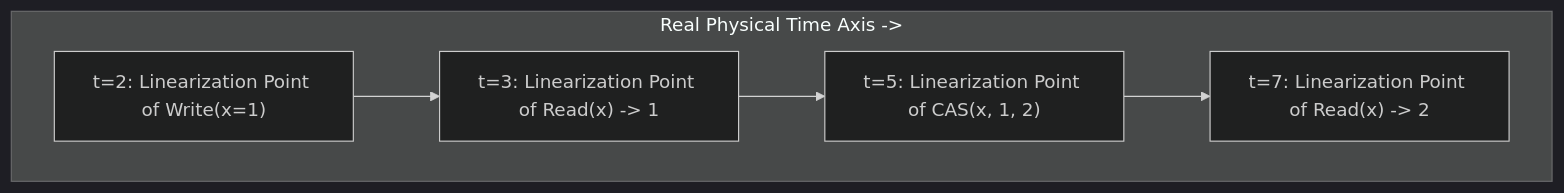
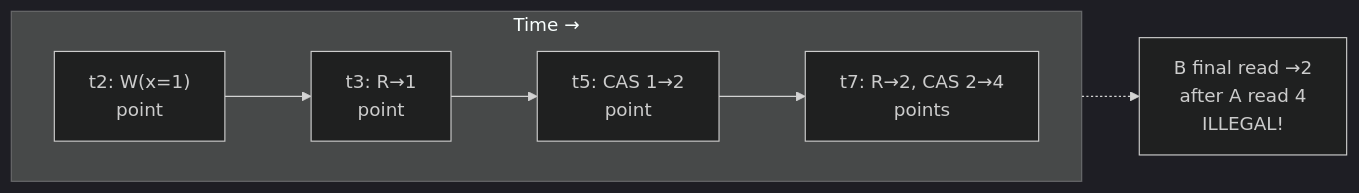
The fourth of 10 diagrams in 01 Designing Data-Intensive Applications/chapter-10-consistency-and-consensus.md (1mimhe/books-summery), drawn with Mermaid (dark theme) before and after one commit. The commit also changed other lines of this file and 2 other files, not shown here.

Commit message:
docs(book01): forensic rewrite ch08-10 (14 txn figs+XSSI, fig 9-5/Byzantine, IDs/UUID consensus)

````diff
--- a/01 Designing Data-Intensive Applications/chapter-10-consistency-and-consensus.md
+++ b/01 Designing Data-Intensive Applications/chapter-10-consistency-and-consensus.md
@@ -223,11 +245,13 @@
 ```mermaid
 flowchart LR
-  subgraph T_LINE["Real Physical Time Axis ->"]
+  subgraph AX["Time →"]
     direction LR
-    P1["t=2: Linearization Point of Write(x=1)"]
-    P2["t=3: Linearization Point of Read(x) -> 1"]
-    P3["t=5: Linearization Point of CAS(x, 1, 2)"]
-    P4["t=7: Linearization Point of Read(x) -> 2"]
+    P1["t2: W(x=1)<br/>point"]
+    P2["t3: R→1<br/>point"]
+    P3["t5: CAS 1→2<br/>point"]
+    P4["t7: R→2, CAS 2→4<br/>points"]
     P1 --> P2 --> P3 --> P4
   end
+  ILL["B final read →2<br/>after A read 4<br/>ILLEGAL!"]
+  P4 -.-> ILL
 ```
````
